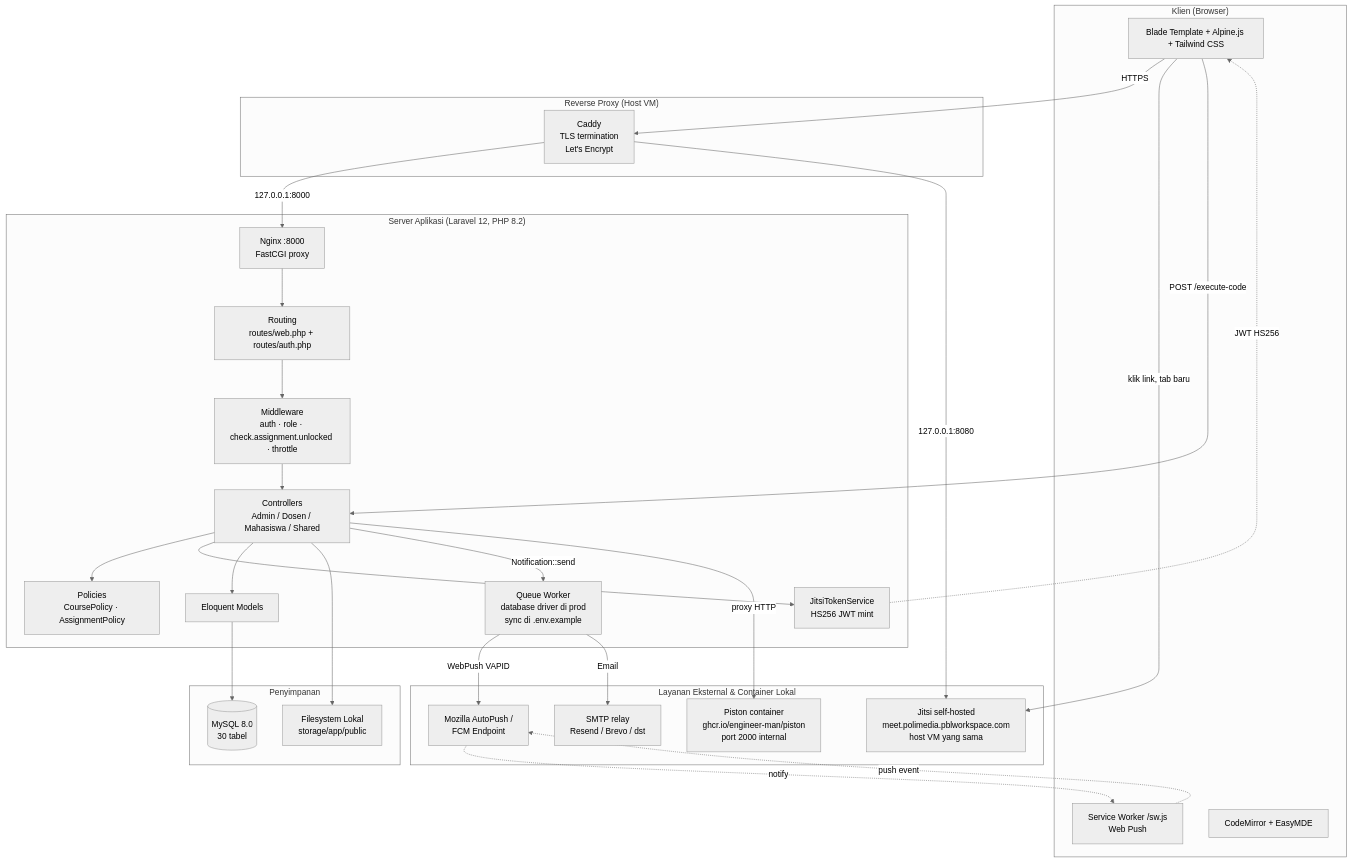
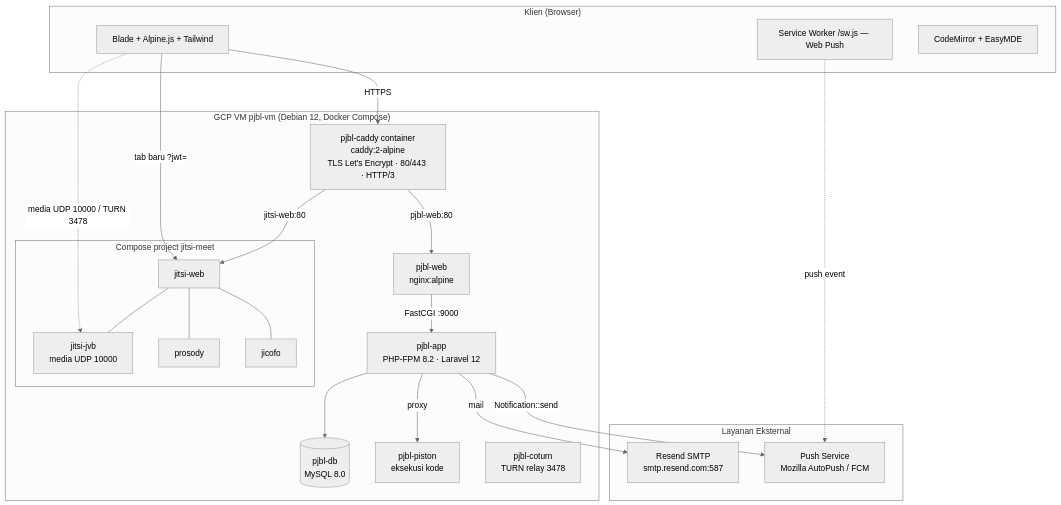
The first of 7 diagrams in docs/bab4-implementasi.md (SendhyKurniawan/projectbasedlearning), drawn with Mermaid (neutral theme) before and after one commit. The commit also changed other lines of this file and 279 other files, not shown here.

````diff
--- a/docs/bab4-implementasi.md
+++ b/docs/bab4-implementasi.md
@@ -179,56 +191,43 @@
 ```mermaid
 graph TB
     subgraph Klien["Klien (Browser)"]
-        UI[Blade Template + Alpine.js + Tailwind CSS]
-        SW[Service Worker /sw.js<br/>Web Push]
+        UI[Blade + Alpine.js + Tailwind]
+        SW[Service Worker /sw.js — Web Push]
         EDITOR[CodeMirror + EasyMDE]
     end
 
-    subgraph Caddy["Reverse Proxy (Host VM)"]
-        CADDY[Caddy<br/>TLS termination<br/>Let's Encrypt]
+    subgraph VM["GCP VM pjbl-vm (Debian 12, Docker Compose)"]
+        CADDY[pjbl-caddy container<br/>caddy:2-alpine<br/>TLS Let's Encrypt · 80/443 · HTTP/3]
+        NGINX[pjbl-web<br/>nginx:alpine]
+        APP[pjbl-app<br/>PHP-FPM 8.2 · Laravel 12]
+        DB[(pjbl-db<br/>MySQL 8.0)]
+        PISTON[pjbl-piston<br/>eksekusi kode]
+        COTURN[pjbl-coturn<br/>TURN relay 3478]
+        subgraph Jitsi["Compose project jitsi-meet"]
+            JWEB[jitsi-web]
+            JVB[jitsi-jvb<br/>media UDP 10000]
+            JPRO[prosody]
+            JCOF[jicofo]
+        end
     end
 
-    subgraph Server["Server Aplikasi (Laravel 12, PHP 8.2)"]
-        NGINX[Nginx :8000<br/>FastCGI proxy]
-        ROUTES[Routing<br/>routes/web.php + routes/auth.php]
-        MW[Middleware<br/>auth · role · check.assignment.unlocked · throttle]
-        CTRL[Controllers<br/>Admin / Dosen / Mahasiswa / Shared]
-        POLICY[Policies<br/>CoursePolicy · AssignmentPolicy]
-        JITSISVC[JitsiTokenService<br/>HS256 JWT mint]
-        MODEL[Eloquent Models]
-        QUEUE[Queue Worker<br/>database driver di prod<br/>sync di .env.example]
-    end
-
-    subgraph Penyimpanan["Penyimpanan"]
-        DB[(MySQL 8.0<br/>30 tabel)]
-        FS[Filesystem Lokal<br/>storage/app/public]
-    end
-
-    subgraph Eksternal["Layanan Eksternal & Container Lokal"]
-        JITSI[Jitsi self-hosted<br/>meet.polimedia.pblworkspace.com<br/>host VM yang sama]
-        PISTON[Piston container<br/>ghcr.io/engineer-man/piston<br/>port 2000 internal]
-        SMTP[SMTP relay<br/>Resend / Brevo / dst]
-        PUSH[Mozilla AutoPush /<br/>FCM Endpoint]
+    subgraph Eksternal["Layanan Eksternal"]
+        RESEND[Resend SMTP<br/>smtp.resend.com:587]
+        PUSH[Push Service<br/>Mozilla AutoPush / FCM]
     end
 
     UI -- HTTPS --> CADDY
-    CADDY -- 127.0.0.1:8000 --> NGINX
-    NGINX --> ROUTES
-    ROUTES --> MW
-    MW --> CTRL
-    CTRL --> POLICY
-    CTRL --> JITSISVC
-    CTRL --> MODEL
-    MODEL --> DB
-    CTRL --> FS
-    CTRL -- Notification::send --> QUEUE
-    QUEUE -- WebPush VAPID --> PUSH
-    QUEUE -- Email --> SMTP
-    UI -- klik link, tab baru --> JITSI
-    JITSISVC -. JWT HS256 .-> UI
-    UI -- POST /execute-code --> CTRL
-    CTRL -- proxy HTTP --> PISTON
+    CADDY -- pjbl-web:80 --> NGINX
+    NGINX -- FastCGI :9000 --> APP
+    APP --> DB
+    APP -- proxy --> PISTON
+    APP -- Notification::send --> PUSH
+    APP -- mail --> RESEND
+    CADDY -- jitsi-web:80 --> JWEB
+    UI -- "tab baru ?jwt=" --> JWEB
+    JWEB --- JVB
+    JWEB --- JPRO
+    JWEB --- JCOF
+    UI -. media UDP 10000 / TURN 3478 .-> JVB
     SW -. push event .-> PUSH
-    PUSH -. notify .-> SW
-    CADDY -- 127.0.0.1:8080 --> JITSI
 ```
````
